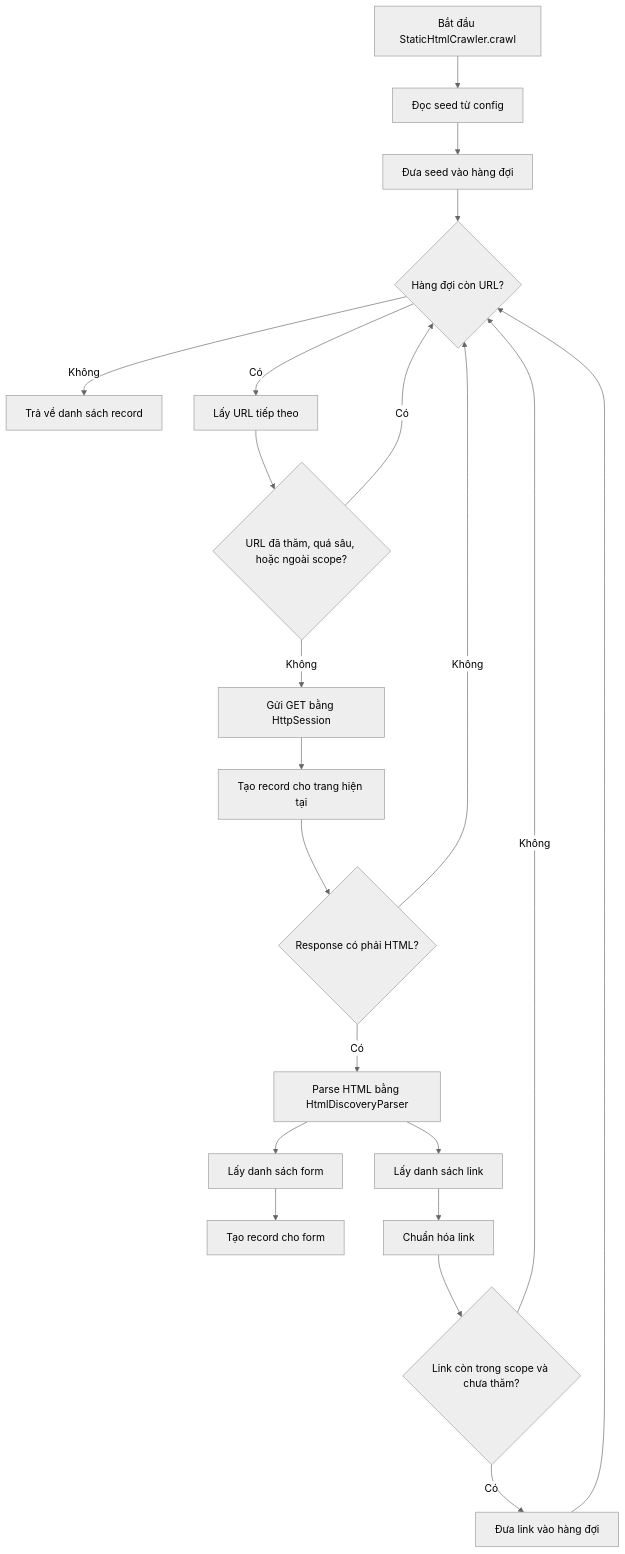
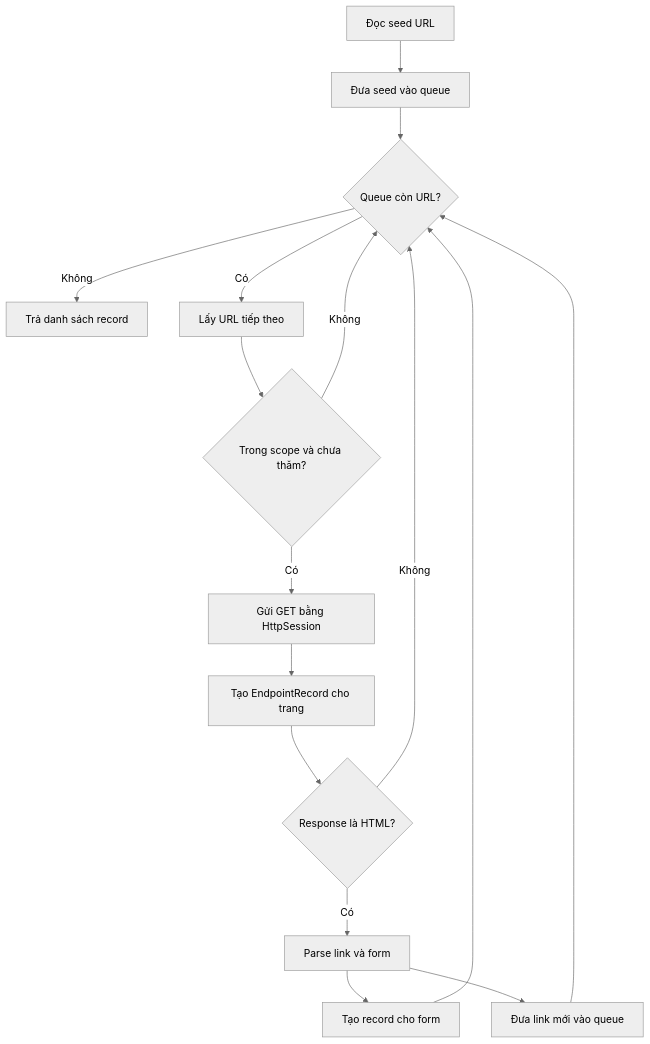
Before and after one commit to penguino7/toolkiemthu: the third of 8 diagrams in recontool/RECON_FLOW.md, drawn with Mermaid (neutral theme). The commit also changed other lines of this file and 34 other files, not shown here.

````diff
--- a/recontool/RECON_FLOW.md
+++ b/recontool/RECON_FLOW.md
@@ -66,27 +46,18 @@
 ```mermaid
 flowchart TD
-    A[Bắt đầu StaticHtmlCrawler.crawl] --> B[Đọc seed từ config]
-    B --> C[Đưa seed vào hàng đợi]
-    C --> D{Hàng đợi còn URL?}
-    D -->|Không| Z[Trả về danh sách record]
-    D -->|Có| E[Lấy URL tiếp theo]
-
-    E --> F{URL đã thăm, quá sâu, hoặc ngoài scope?}
-    F -->|Có| D
-    F -->|Không| G[Gửi GET bằng HttpSession]
-
-    G --> H[Tạo record cho trang hiện tại]
-    H --> I{Response có phải HTML?}
-
-    I -->|Không| D
-    I -->|Có| J[Parse HTML bằng HtmlDiscoveryParser]
-    J --> K[Lấy danh sách form]
-    J --> L[Lấy danh sách link]
-
-    K --> M[Tạo record cho form]
-    L --> N[Chuẩn hóa link]
-    N --> O{Link còn trong scope và chưa thăm?}
-    O -->|Có| P[Đưa link vào hàng đợi]
-    O -->|Không| D
-    P --> D
+    A[Đọc seed URL] --> B[Đưa seed vào queue]
+    B --> C{Queue còn URL?}
+    C -->|Không| Z[Trả danh sách record]
+    C -->|Có| D[Lấy URL tiếp theo]
+    D --> E{Trong scope và chưa thăm?}
+    E -->|Không| C
+    E -->|Có| F[Gửi GET bằng HttpSession]
+    F --> G[Tạo EndpointRecord cho trang]
+    G --> H{Response là HTML?}
+    H -->|Không| C
+    H -->|Có| I[Parse link và form]
+    I --> J[Tạo record cho form]
+    I --> K[Đưa link mới vào queue]
+    J --> C
+    K --> C
 ```
````
